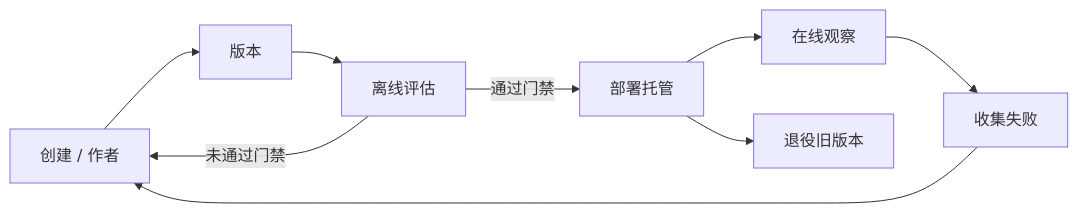
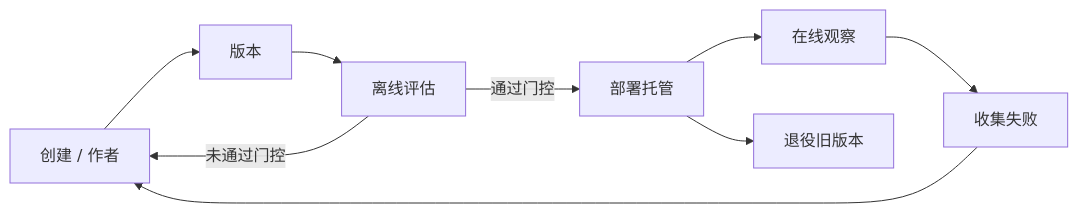
Before and after one commit to gabrielmoreira/agent-skills-mirror: the second of 4 diagrams in mirrors/repos/microsoft@ai-agents-for-beginners/translations/zh-CN/16-deploying-scalable-agents/README.md, drawn with Mermaid. The commit also changed other lines of this file and 3581 other files, not shown here.

````diff
--- a/mirrors/repos/microsoft@ai-agents-for-beginners/translations/zh-CN/16-deploying-scalable-agents/README.md
+++ b/mirrors/repos/microsoft@ai-agents-for-beginners/translations/zh-CN/16-deploying-scalable-agents/README.md
@@ -108,11 +108,11 @@
 ```mermaid
 flowchart LR
     Create[创建 / 作者] --> Version[版本]
     Version --> Evaluate[离线评估]
-    Evaluate -->|通过门禁| Deploy[部署托管]
-    Evaluate -->|未通过门禁| Create
+    Evaluate -->|通过门控| Deploy[部署托管]
+    Evaluate -->|未通过门控| Create
     Deploy --> Observe[在线观察]
     Observe --> Improve[收集失败]
     Improve --> Create
     Deploy --> Retire[退役旧版本]
 ```
````
